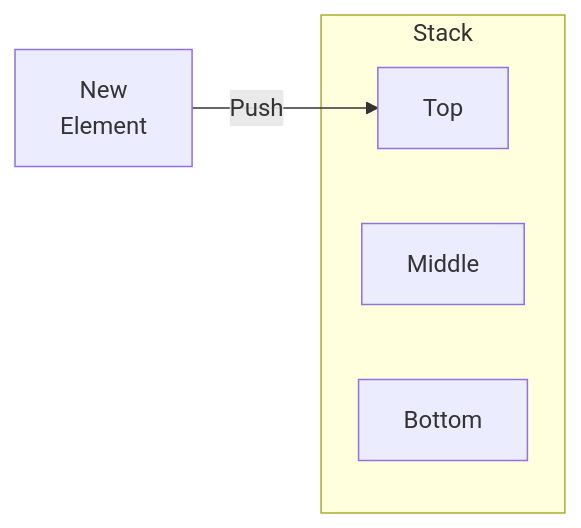
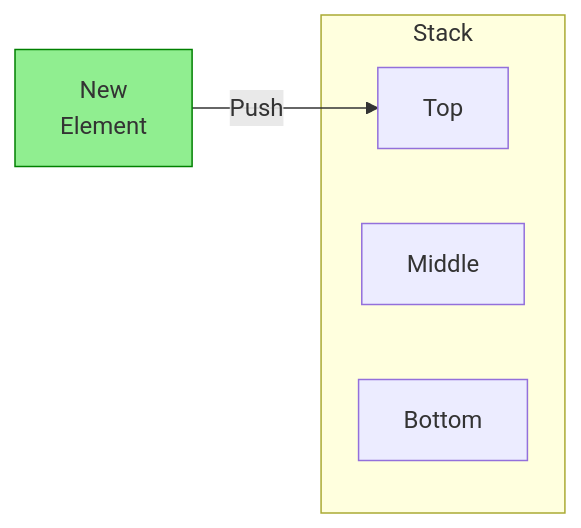
One commit to ghackenberg/course-python-programming changed the diagram in Sessions/Session_08/Diagrams/Mermaid/stack_push.mmd. Above: the diagram before and after it, drawn with Mermaid. The commit also changed 41 other files, not shown here.

Commit message:
style(session-08): update diagrams and images for session 08

```diff
--- a/Sessions/Session_08/Diagrams/Mermaid/stack_push.mmd
+++ b/Sessions/Session_08/Diagrams/Mermaid/stack_push.mmd
@@ -1,7 +1,9 @@
 graph LR
     A[New<br/>Element] -- Push --> B[Top]
     subgraph Stack
     B
     C[Middle]
     D[Bottom]
     end
+
+    style A fill:lightgreen,stroke:green
```
